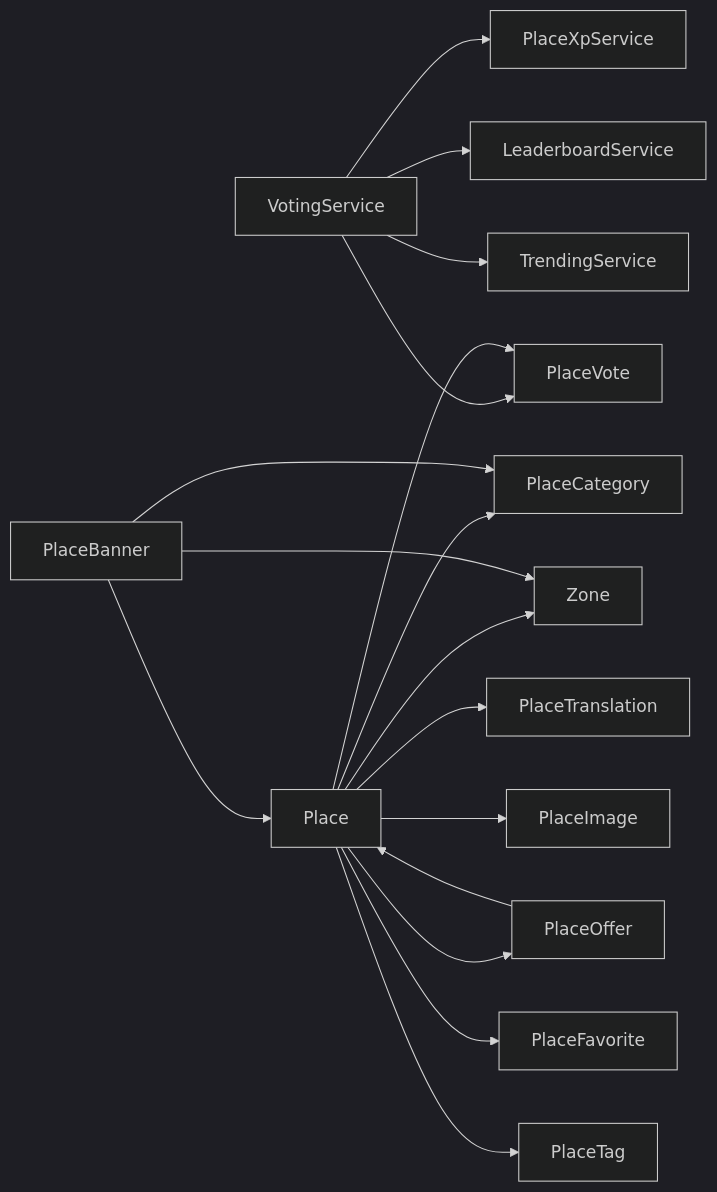
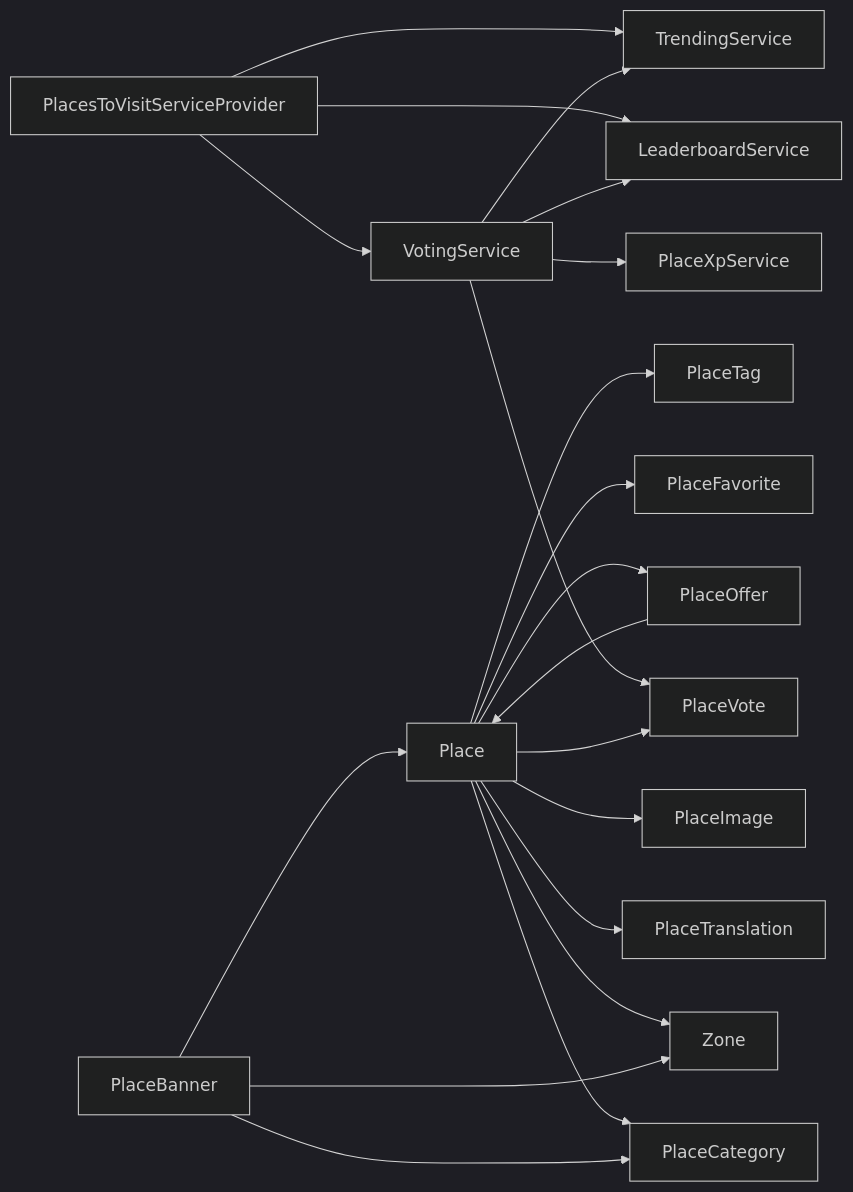
The seventh of 8 diagrams in .qoder/repowiki/en/content/Business Modules/PlacesToVisit Module/PlacesToVisit Module.md (Hamdies/waddy_back), drawn with Mermaid (dark theme) before and after one commit. The commit also changed other lines of this file and 3 other files, not shown here.

Commit message:
Fix PlacesToVisit route loading with proper RouteServiceProvider

````diff
--- a/.qoder/repowiki/en/content/Business Modules/PlacesToVisit Module/PlacesToVisit Module.md
+++ b/.qoder/repowiki/en/content/Business Modules/PlacesToVisit Module/PlacesToVisit Module.md
@@ -476,19 +535,22 @@
 ```mermaid
 graph LR
-VS["VotingService"] --> PV["PlaceVote"]
+SP["PlacesToVisitServiceProvider"] --> VS["VotingService"]
+SP --> LB["LeaderboardService"]
+SP --> TR["TrendingService"]
+VS --> PV["PlaceVote"]
 VS --> PX["PlaceXpService"]
-VS --> LB["LeaderboardService"]
-VS --> TR["TrendingService"]
+VS --> LB
+VS --> TR
 PL["Place"] --> PC["PlaceCategory"]
 PL --> Z["Zone"]
 PL --> PT["PlaceTranslation"]
 PL --> PV
 PL --> PO["PlaceOffer"]
 PL --> PI["PlaceImage"]
 PL --> PF["PlaceFavorite"]
 PL --> PG["PlaceTag"]
 PB["PlaceBanner"] --> Z
 PB --> PC
 PB --> PL
 PO --> PL
 ```
````
